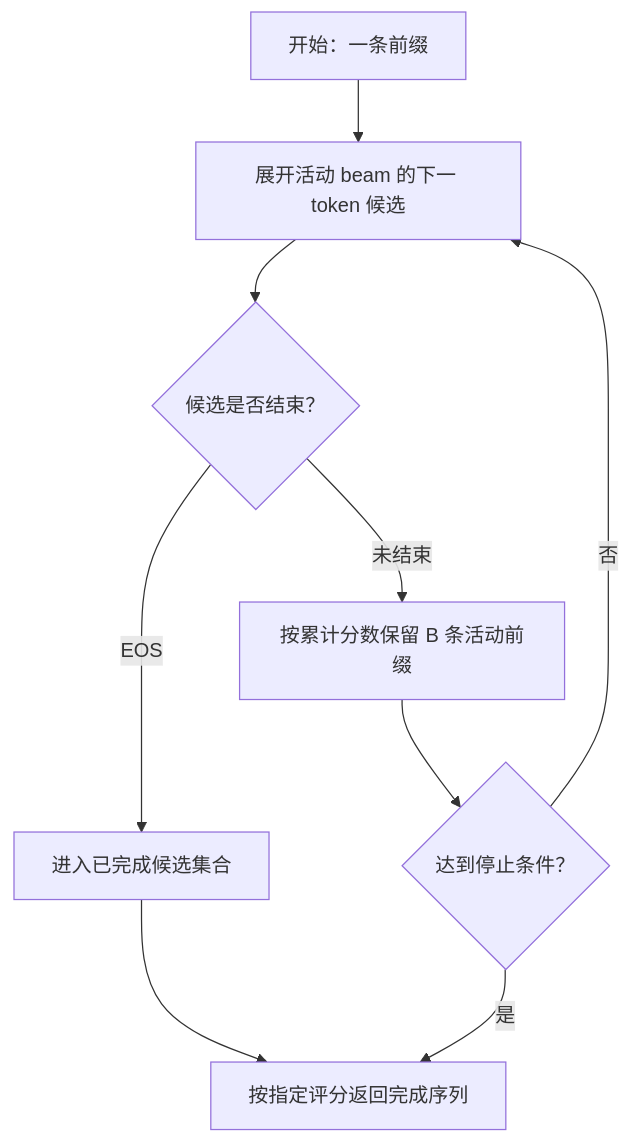
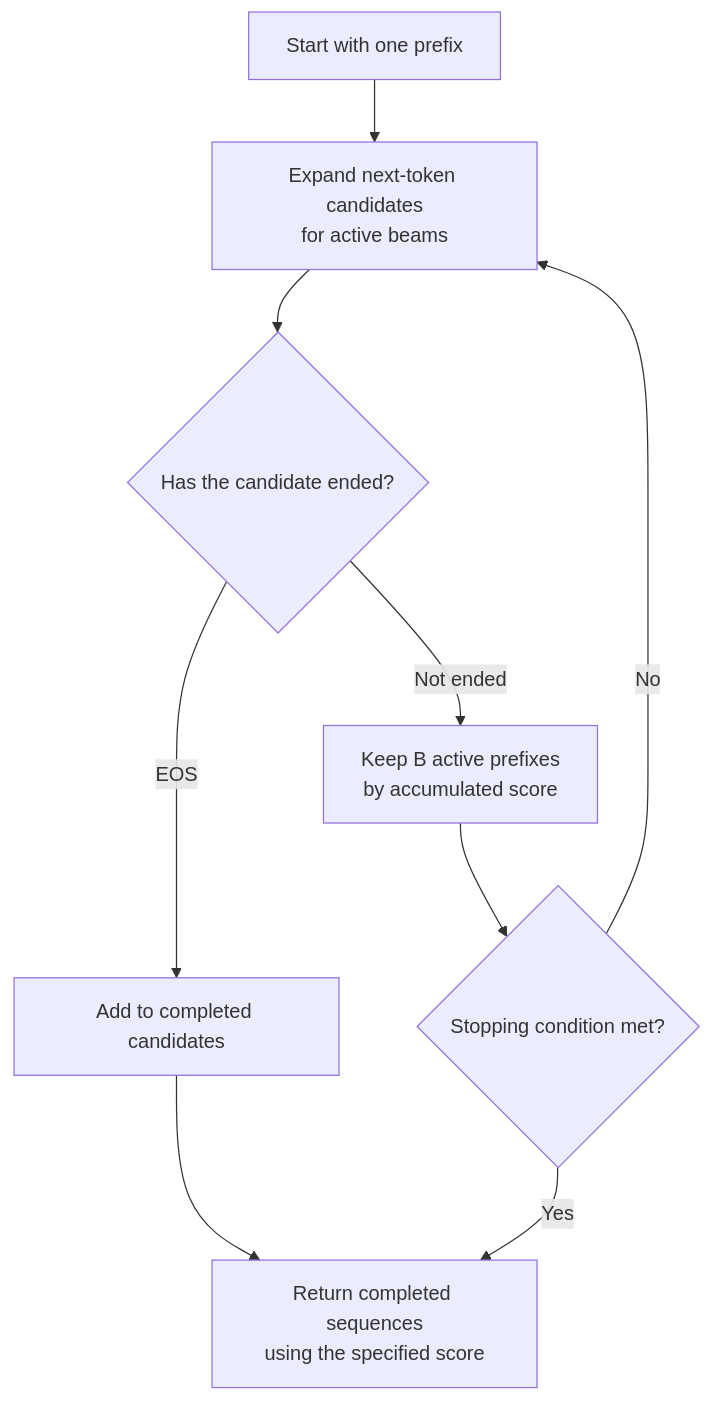
Before and after one commit to oneleaveknowsthefall/awesome-ai-roadmap: the diagram in docs/llm/03-inference-serving/12-decoding-strategies.md, drawn with Mermaid. The commit also changed other lines of this file and 92 other files, not shown here.

````diff
--- a/docs/llm/03-inference-serving/12-decoding-strategies.md
+++ b/docs/llm/03-inference-serving/12-decoding-strategies.md
@@ -65,11 +65,11 @@
 ```mermaid
 flowchart TB
-    S["开始：一条前缀"] --> E["展开活动 beam 的下一 token 候选"]
-    E --> EOS{"候选是否结束？"}
-    EOS -->|EOS| F["进入已完成候选集合"]
-    EOS -->|未结束| B["按累计分数保留 B 条活动前缀"]
-    B --> STOP{"达到停止条件？"}
-    STOP -->|否| E
-    STOP -->|是| R["按指定评分返回完成序列"]
+    S["Start with one prefix"] --> E["Expand next-token candidates<br/>for active beams"]
+    E --> EOS{"Has the candidate ended?"}
+    EOS -->|EOS| F["Add to completed candidates"]
+    EOS -->|Not ended| B["Keep B active prefixes<br/>by accumulated score"]
+    B --> STOP{"Stopping condition met?"}
+    STOP -->|No| E
+    STOP -->|Yes| R["Return completed sequences<br/>using the specified score"]
     F --> R
 ```
````
